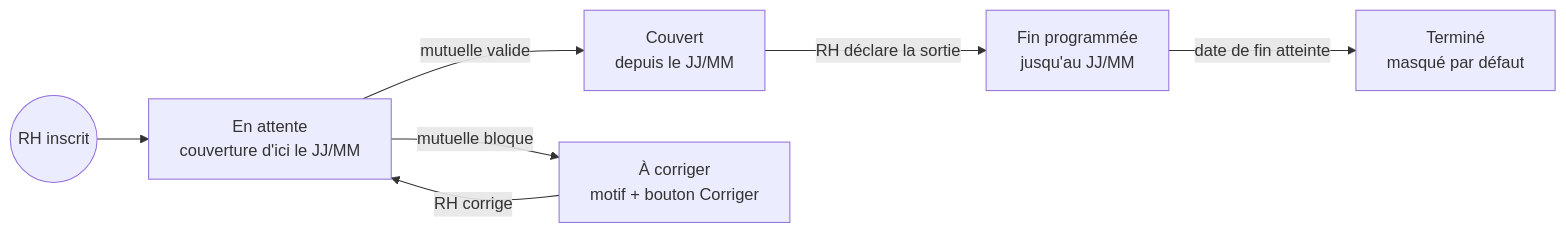
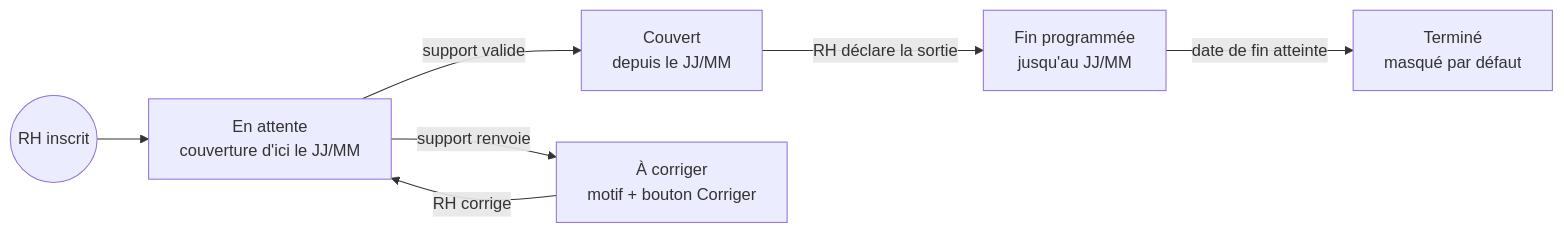
Before and after one commit to ThomasRNathan/sabali-portail-rh: the diagram in SPEC.md, drawn with Mermaid. The commit also changed other lines of this file and 3 other files, not shown here.

````diff
--- a/SPEC.md
+++ b/SPEC.md
@@ -38,9 +65,9 @@
 ```mermaid
 flowchart LR
     rh((RH inscrit)) --> attente["En attente<br/>couverture d'ici le JJ/MM"]
-    attente -->|mutuelle valide| couvert["Couvert<br/>depuis le JJ/MM"]
-    attente -->|mutuelle bloque| corriger["À corriger<br/>motif + bouton Corriger"]
+    attente -->|support valide| couvert["Couvert<br/>depuis le JJ/MM"]
+    attente -->|support renvoie| corriger["À corriger<br/>motif + bouton Corriger"]
     corriger -->|RH corrige| attente
     couvert -->|RH déclare la sortie| fin["Fin programmée<br/>jusqu'au JJ/MM"]
     fin -->|date de fin atteinte| termine["Terminé<br/>masqué par défaut"]
 ```
````
